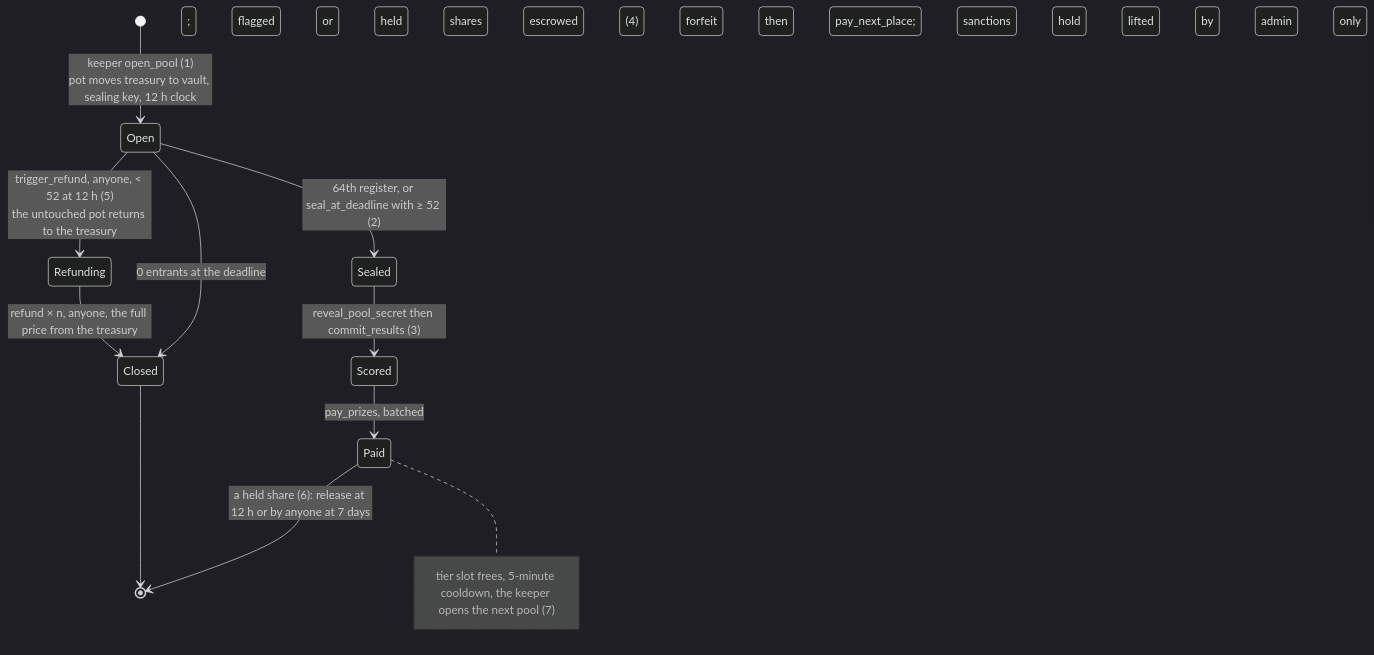
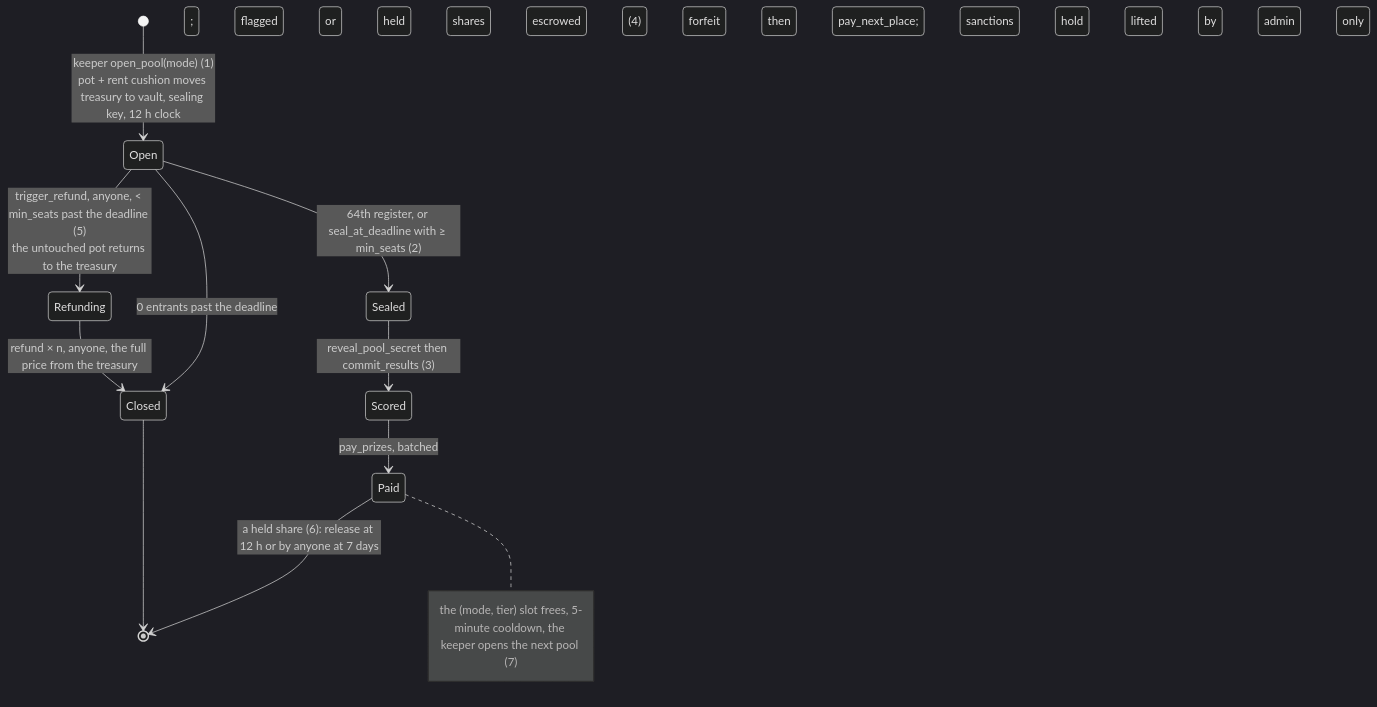
One commit to tomtblock/blotto changed the third of 7 diagrams in docs/architecture/DIAGRAMS.md. Above: the diagram before and after it, drawn with Mermaid (dark theme). The commit also changed other lines of this file and 1 other file, not shown here.

First line of the commit message:
Docs cleanup: architecture and diagrams re-verified against the code

````diff
--- a/docs/architecture/DIAGRAMS.md
+++ b/docs/architecture/DIAGRAMS.md
@@ -160,13 +157,13 @@
 ```mermaid
 stateDiagram-v2
-  [*] --> Open: keeper open_pool (1)<br/>pot moves treasury to vault, sealing key, 12 h clock
-  Open --> Sealed: 64th register, or seal_at_deadline with ≥ 52 (2)
+  [*] --> Open: keeper open_pool(mode) (1)<br/>pot + rent cushion moves treasury to vault, sealing key, 12 h clock
+  Open --> Sealed: 64th register, or seal_at_deadline with ≥ min_seats (2)
   Sealed --> Scored: reveal_pool_secret then commit_results (3)
   Scored --> Paid: pay_prizes, batched; flagged or held shares escrowed (4)
-  Open --> Refunding: trigger_refund, anyone, < 52 at 12 h (5)<br/>the untouched pot returns to the treasury
-  Open --> Closed: 0 entrants at the deadline
+  Open --> Refunding: trigger_refund, anyone, < min_seats past the deadline (5)<br/>the untouched pot returns to the treasury
+  Open --> Closed: 0 entrants past the deadline
   Refunding --> Closed: refund × n, anyone, the full price from the treasury
   Paid --> [*]: a held share (6): release at 12 h or by anyone at 7 days; forfeit then pay_next_place; sanctions hold lifted by admin only
   Closed --> [*]
-  note right of Paid: tier slot frees, 5-minute cooldown, the keeper opens the next pool (7)
+  note right of Paid: the (mode, tier) slot frees, 5-minute cooldown, the keeper opens the next pool (7)
 ```
````
